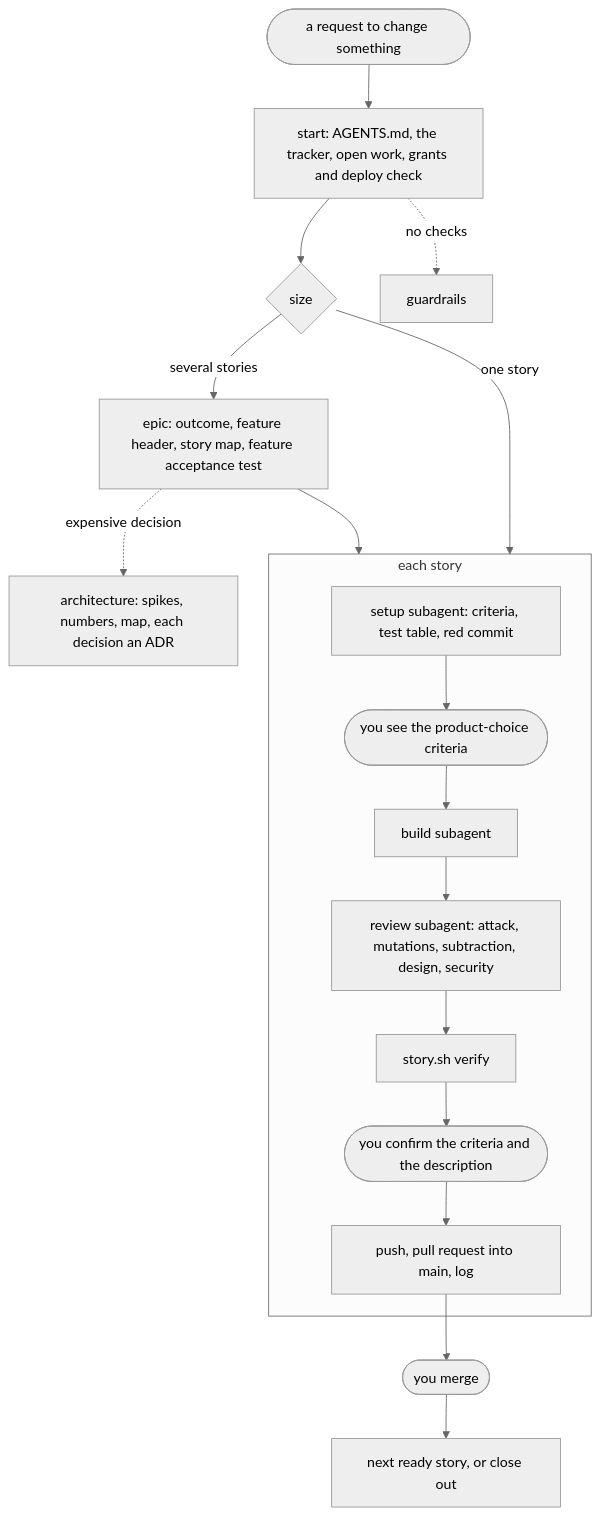
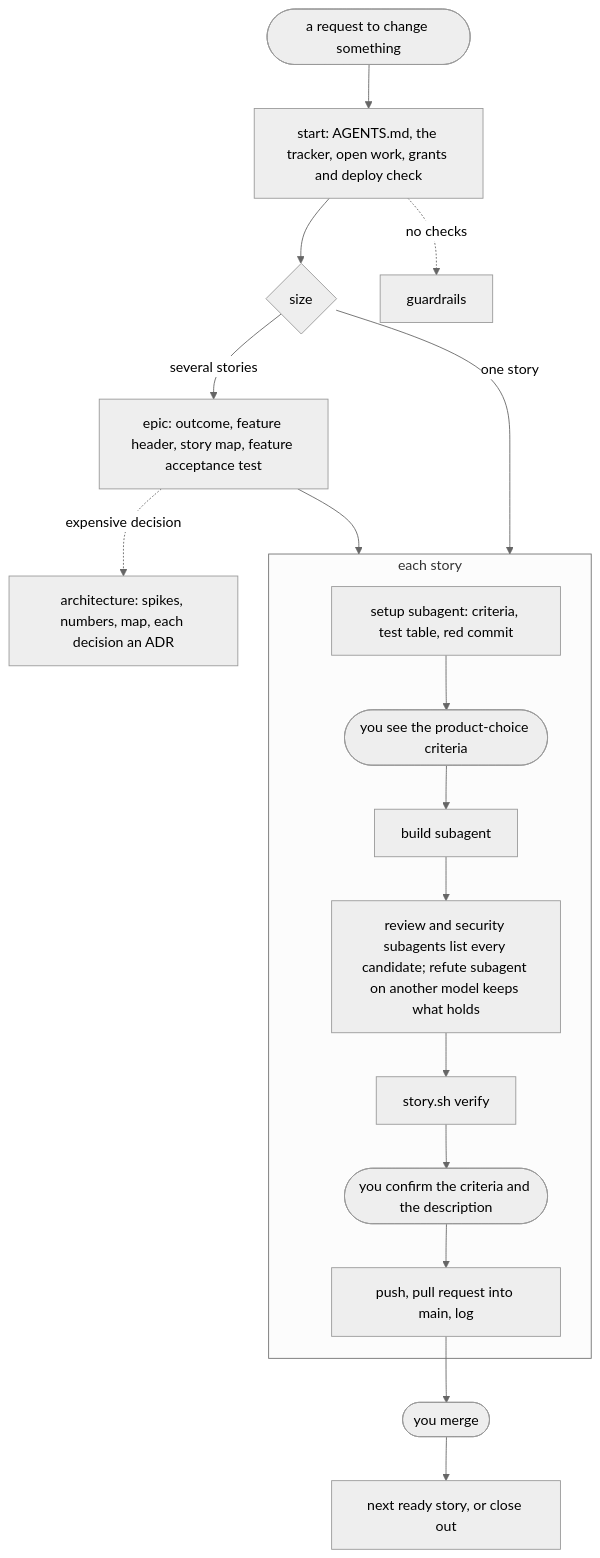
Before and after one commit to DaveBben/skills: the diagram in plugins/SDLC/README.md, drawn with Mermaid (neutral theme). The commit also changed other lines of this file and 20 other files, not shown here.

First line of the commit message:
SDLC 13.0.0: review pattern, token savings, and keeping the user's model

````diff
--- a/plugins/SDLC/README.md
+++ b/plugins/SDLC/README.md
@@ -37,16 +39,16 @@
 ```mermaid
 flowchart TD
     REQ([a request to change something]) --> ST[start: AGENTS.md, the tracker, open work, grants and deploy check]
     ST --> SZ{size}
     SZ -- several stories --> EP[epic: outcome, feature header, story map, feature acceptance test]
     EP -. expensive decision .-> ARC[architecture: spikes, numbers, map, each decision an ADR]
     EP --> STORY
     SZ -- one story --> STORY
 
     subgraph STORY [each story]
-      SET[setup subagent: criteria, test table, red commit] --> SHOW([you see the product-choice criteria]) --> BLD[build subagent] --> REV[review subagent: attack, mutations, subtraction, design, security] --> VER[story.sh verify] --> OK([you confirm the criteria and the description]) --> PR[push, pull request into main, log]
+      SET[setup subagent: criteria, test table, red commit] --> SHOW([you see the product-choice criteria]) --> BLD[build subagent] --> REV[review and security subagents list every candidate; refute subagent on another model keeps what holds] --> VER[story.sh verify] --> OK([you confirm the criteria and the description]) --> PR[push, pull request into main, log]
     end
 
     PR --> MRG([you merge]) --> NEXT[next ready story, or close out]
     ST -. no checks .-> G[guardrails]
 ```
````
